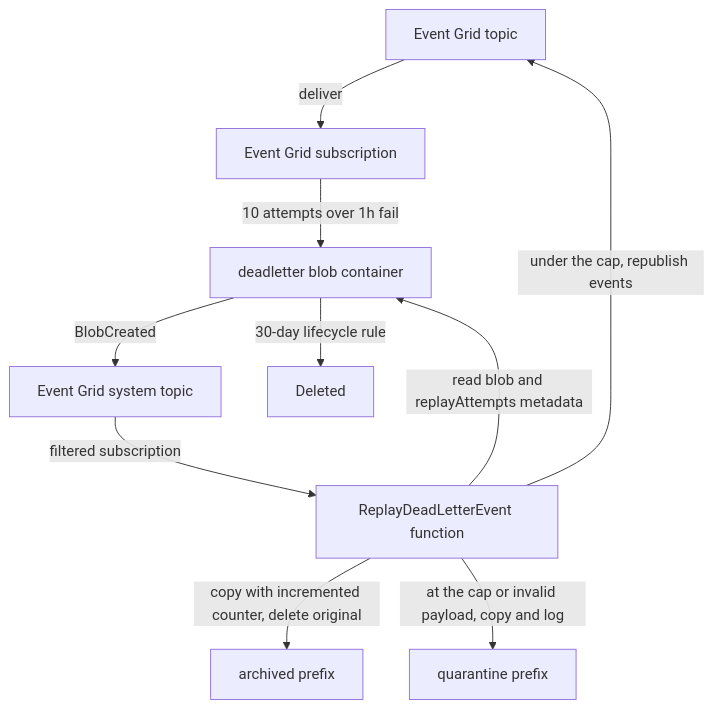
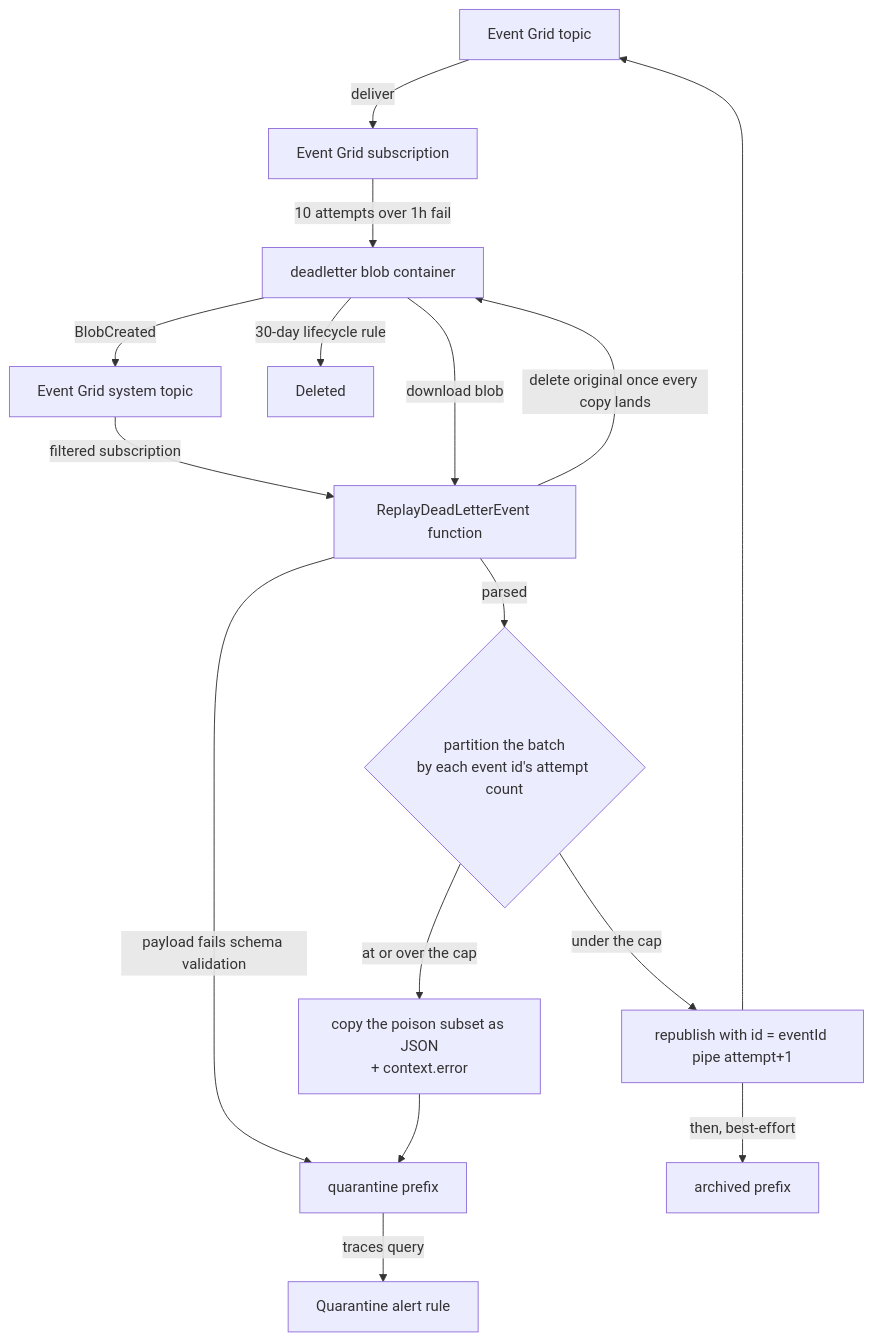
Before and after one commit to Esposter/Esposter: the diagram in packages/app/content/docs/infra/eventgrid-dead-letter.md, drawn with Mermaid. The commit also changed other lines of this file and 46 other files, not shown here.

````diff
--- a/packages/app/content/docs/infra/eventgrid-dead-letter.md
+++ b/packages/app/content/docs/infra/eventgrid-dead-letter.md
@@ -24,12 +41,18 @@
 ```mermaid
 flowchart TD
   topic[Event Grid topic] -->|deliver| sub[Event Grid subscription]
   sub -->|10 attempts over 1h fail| dead[deadletter blob container]
   dead -->|BlobCreated| egst[Event Grid system topic]
   egst -->|filtered subscription| fn[ReplayDeadLetterEvent function]
-  fn -->|read blob and replayAttempts metadata| dead
-  fn -->|under the cap, republish events| topic
-  fn -->|copy with incremented counter, delete original| archived[archived prefix]
-  fn -->|at the cap or invalid payload, copy and log| quarantine[quarantine prefix]
+  dead -->|download blob| fn
+  fn -->|payload fails schema validation| quarantine[quarantine prefix]
+  fn -->|parsed| split{"partition the batch<br/>by each event id's attempt count"}
+  split -->|at or over the cap| poison["copy the poison subset as JSON<br/>+ context.error"]
+  poison --> quarantine
+  split -->|under the cap| republish["republish with id = eventId pipe attempt+1"]
+  republish --> topic
+  republish -->|then, best-effort| archived[archived prefix]
+  quarantine -->|traces query| alert[Quarantine alert rule]
+  fn -->|delete original once every copy lands| dead
   dead -->|30-day lifecycle rule| gone[Deleted]
 ```
````
